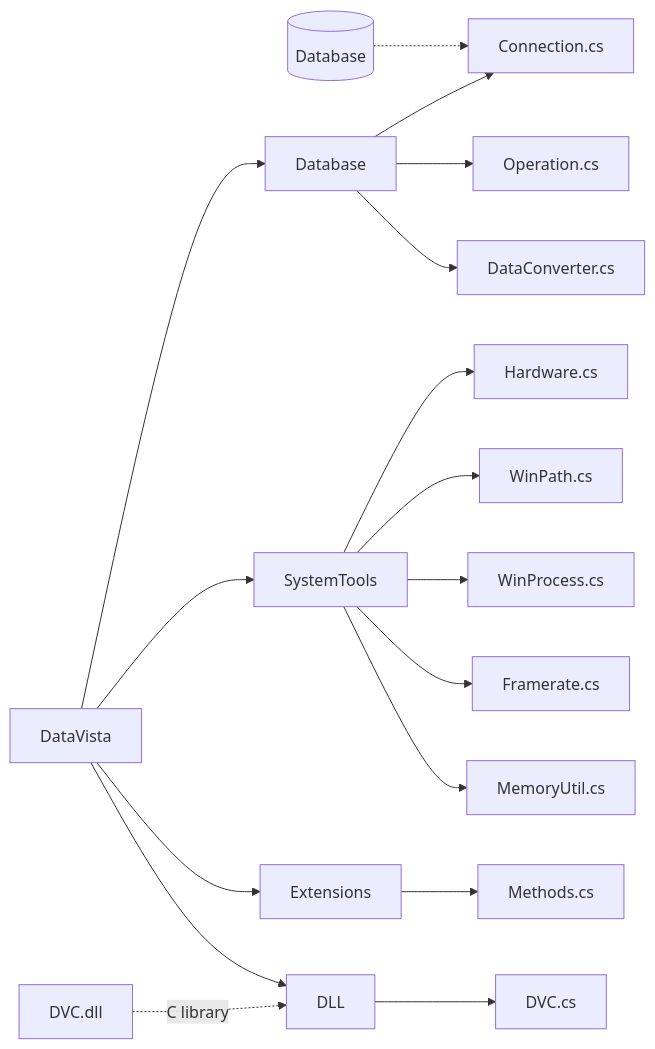
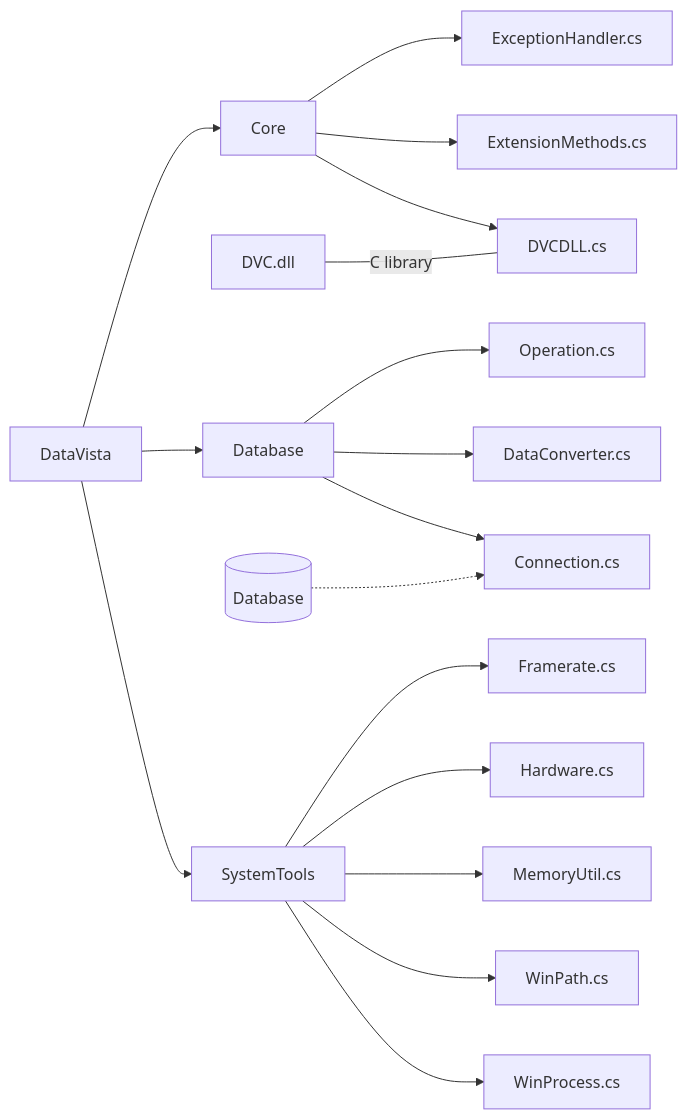
The diagram in README.md (grimy86/DataVista), drawn with Mermaid before and after one commit. The commit also changed 13 other files, not shown here.

Commit message:
Added all single file classes to a more general namespace: "Core" - added Internal ExceptionLogger - tried to make Operation.cs safer to use - Minor property fixes - Updated Class Diagrams - Updated Readme

````diff
--- a/README.md
+++ b/README.md
@@ -49,25 +49,25 @@
 ```mermaid
 graph LR;
-	SQL[(Database)] -.-> Connection.cs
 
+	DataVista --> Core
 	DataVista --> Database
 	DataVista --> SystemTools
-	DataVista --> Extensions
-	DataVista --> DLL
 	
-	Database --> Connection.cs
+	Core --> ExceptionHandler.cs
+	Core --> ExtensionMethods.cs
+	Core --> DVCDLL.cs
+	
+	DVC.dll --C library--- DVCDLL.cs
+	
 	Database --> Operation.cs
 	Database --> DataConverter.cs
-	
+	Database --> Connection.cs
+
+	SQL[(Database)] -.-> Connection.cs	
+
+	SystemTools --> Framerate.cs
 	SystemTools --> Hardware.cs
+	SystemTools --> MemoryUtil.cs
 	SystemTools --> WinPath.cs
 	SystemTools --> WinProcess.cs
-	SystemTools --> Framerate.cs
-	SystemTools --> MemoryUtil.cs
-	
-	Extensions --> Methods.cs
-	
-	DLL --> DVC.cs
-	
-	DVC.dll -. C library.-> DLL
 ```
````
